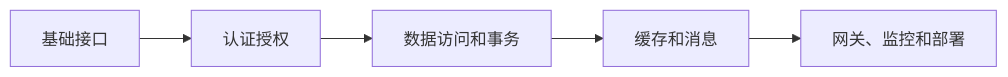
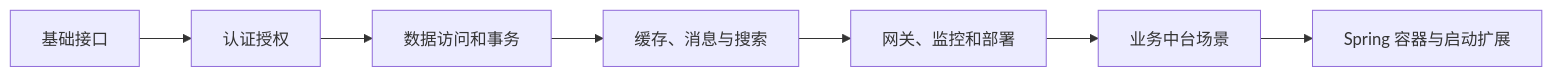
The diagram in 40_知识库/后端开发/SpringBoot/learn-springboot.md (ditoukanyun/wei_note), drawn with Mermaid before and after one commit. The commit also changed other lines of this file and 102 other files, not shown here.

````diff
--- a/40_知识库/后端开发/SpringBoot/learn-springboot.md
+++ b/40_知识库/后端开发/SpringBoot/learn-springboot.md
@@ -20,7 +31,9 @@
 ```mermaid
 flowchart LR
   A[基础接口] --> B[认证授权]
   B --> C[数据访问和事务]
-  C --> D[缓存和消息]
+  C --> D[缓存、消息与搜索]
   D --> E[网关、监控和部署]
+  E --> F[业务中台场景]
+  F --> G[Spring 容器与启动扩展]
 ```
````
